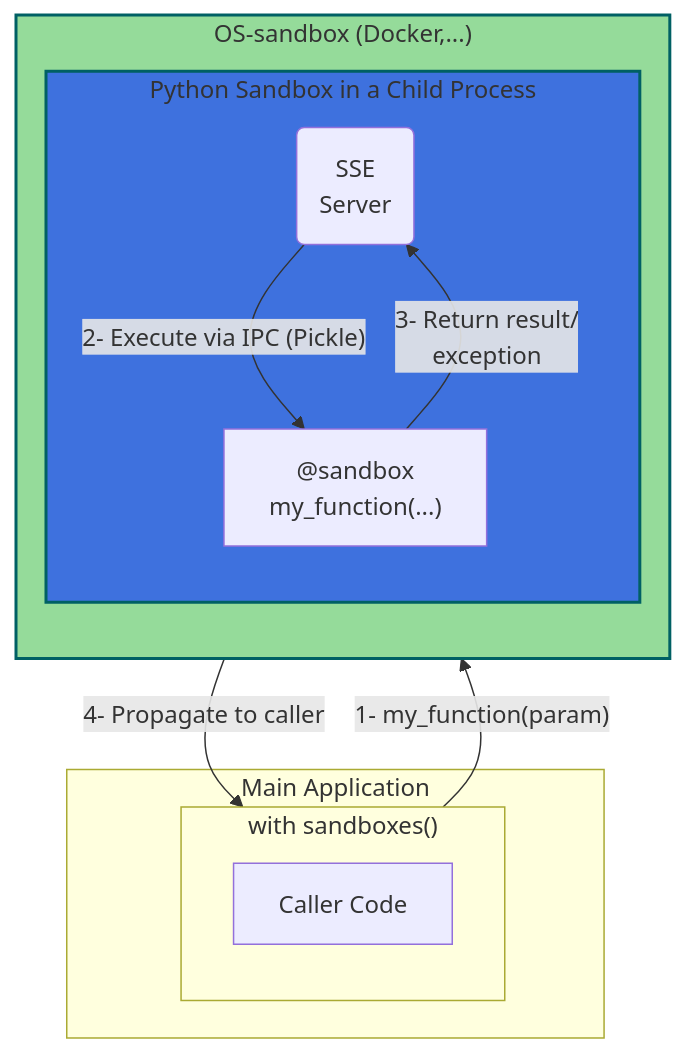
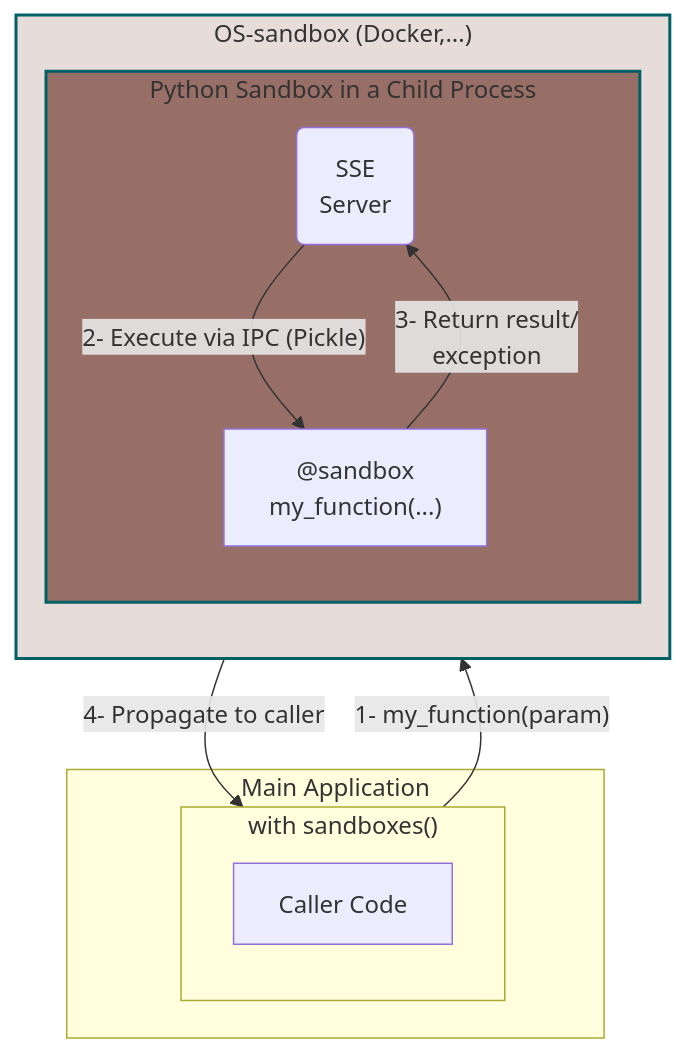
The second of 2 diagrams in README.md (pprados/pysandboxes), drawn with Mermaid before and after one commit. The commit also changed other lines of this file and 2 other files, not shown here.

Commit message:
Change colors

````diff
--- a/README.md
+++ b/README.md
@@ -176,28 +176,28 @@
 ```mermaid
 flowchart TD
     subgraph MainApplication [Main Application]
         subgraph WithSandboxes ["with sandboxes()"]
             direction TB
             A[Caller Code]
         end
     end
     subgraph OSSandbox ["OS-sandbox (Docker,...)"]
         direction TB
         subgraph PythonSandbox [Python Sandbox in a Child Process]
             B(SSE<br/>Server)
 
                 C["@sandbox<br/>my_function(...)"]
         end
     end
 
 
     A -- "1- my_function(param)" --> B
     B -- "2- Execute via IPC (Pickle)" --> C
     C -- "3- Return result/<br/>exception" --> B
     B -- "4- Propagate to caller" --> A
 
     %% 🎨 Style personnalisé pour OSSandbox
-    style OSSandbox fill:#95DB9A,stroke:#006064,stroke-width:2px
-    style PythonSandbox fill:#3E71DE,stroke:#006064,stroke-width:2px
+    style OSSandbox fill:#E6DCDA,stroke:#006064,stroke-width:2px
+    style PythonSandbox fill:#986F67,stroke:#006064,stroke-width:2px
 
 ```
````
